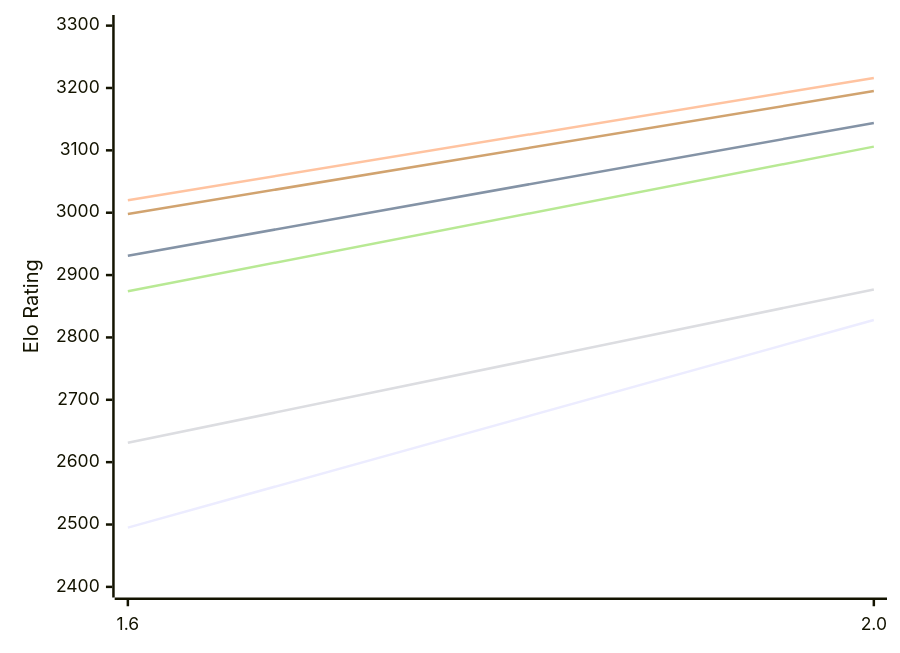
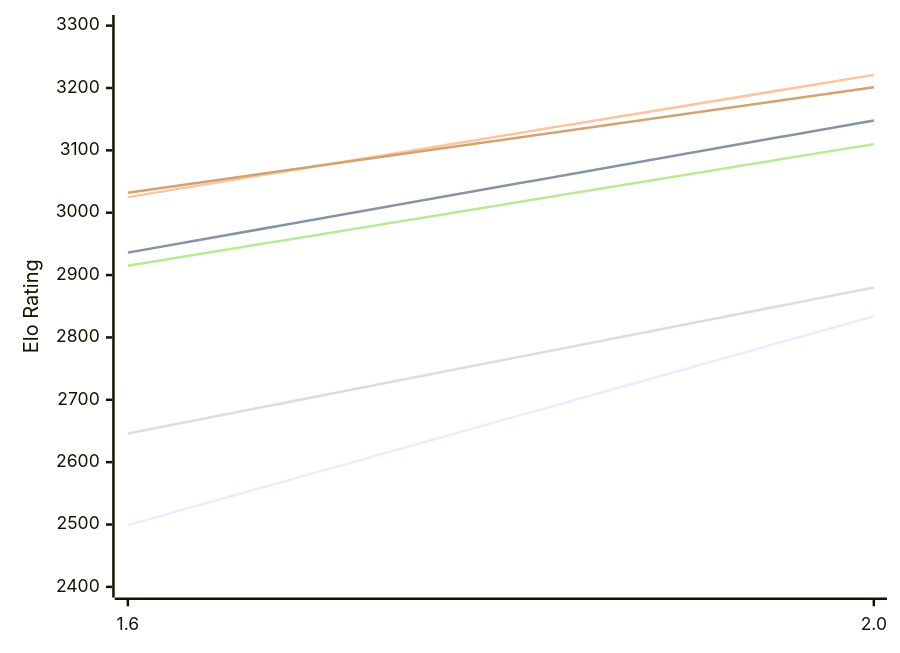
The first of 2 diagrams in engines/Onyx.md (computer-chess-index/cci), drawn with Mermaid before and after one commit. The commit also changed other lines of this file, not shown here.

Commit message:
Update CCI Ratings (ELO VLTC) - 2026-11-20

````diff
--- a/engines/Onyx.md
+++ b/engines/Onyx.md
@@ -50,12 +50,12 @@
 ```mermaid
 %%{init: {"theme":"base","themeVariables":{"seriesColors:['#a3a3a3','#222221','#faa371']}}}%%
 xychart-beta
   x-axis ["1.6", "2.0"]
   y-axis "Elo Rating" 2400 --> 3300
-  line "E1: STC (8.0+0.08s)" [2495, 2828]
-  line "E1: LTC (60.0+0.60s)" [2931, 3144]
-  line "E1: VLTC (2m24s+1.12s)" [3020, 3216]
-  line "P1: STC (8.0+0.08s)" [2631, 2877]
-  line "P1: LTC (60.0+0.60s)" [2874, 3106]
-  line "P1: VLTC (2m24s+1.12s)" [2998, 3195]
+  line "E1: STC (8.0+0.08s)" [2499, 2834]
+  line "E1: LTC (60.0+0.60s)" [2936, 3148]
+  line "E1: VLTC (2m24s+1.12s)" [3025, 3221]
+  line "P1: STC (8.0+0.08s)" [2646, 2880]
+  line "P1: LTC (60.0+0.60s)" [2915, 3110]
+  line "P1: VLTC (2m24s+1.12s)" [3032, 3201]
 ```
````
